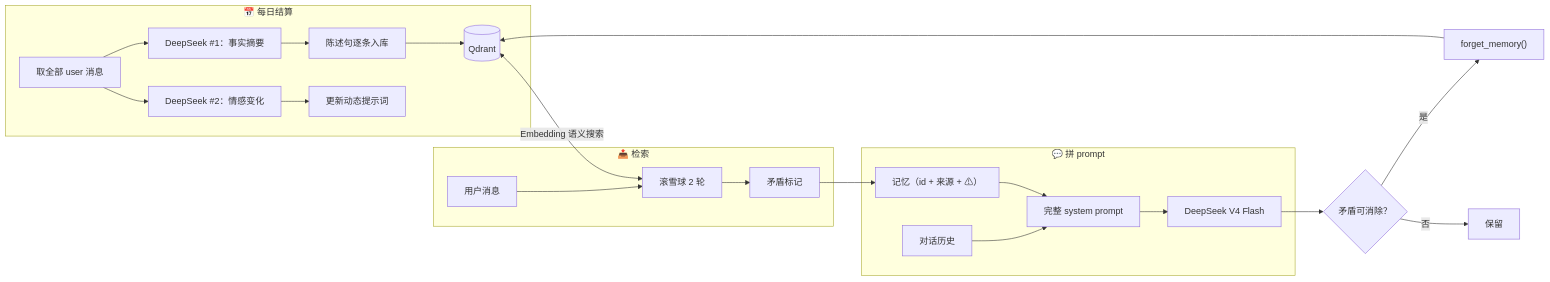
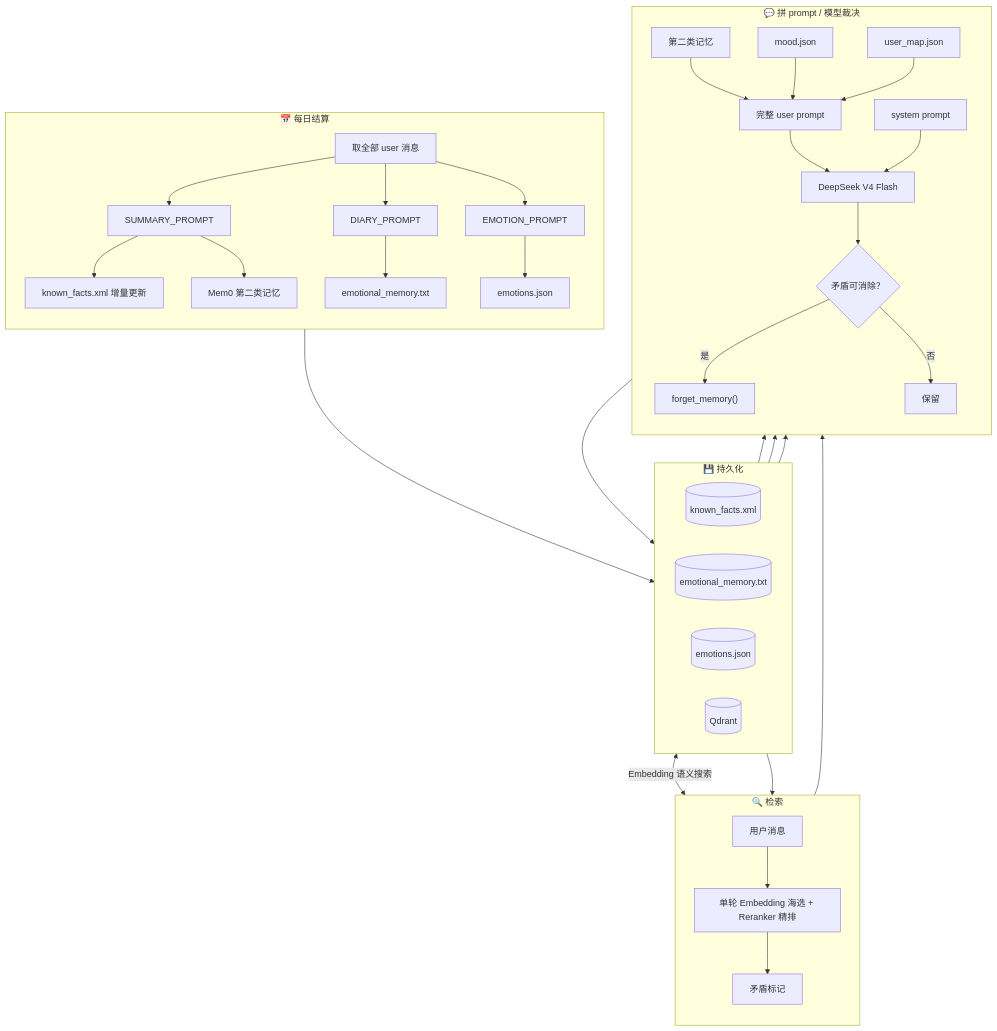
One commit to DiliuPengyun/a-qq-bot-exercise changed the fourth of 4 diagrams in memory-flow.md. Above: the diagram before and after it, drawn with Mermaid. The commit also changed other lines of this file and 28 other files, not shown here.

````diff
--- a/memory-flow.md
+++ b/memory-flow.md
@@ -75,28 +76,52 @@
 ```mermaid
-flowchart LR
+flowchart TD
     subgraph 结算["📅 每日结算"]
-        ST0["取全部 user 消息"] --> ST1["DeepSeek #1：事实摘要"]
-        ST0 --> ST4a["DeepSeek #2：情感变化"]
-        ST1 --> ST2["陈述句逐条入库"]
-        ST4a --> ST4["更新动态提示词"]
-        ST2 --> ST3[("Qdrant")]
+        direction TB
+        ST0["取全部 user 消息"] --> ST1["SUMMARY_PROMPT"]
+        ST1 --> ST2["known_facts.xml 增量更新"]
+        ST1 --> ST3["Mem0 第二类记忆"]
+        ST0 --> ST4["DIARY_PROMPT"]
+        ST4 --> ST5["emotional_memory.txt"]
+        ST0 --> ST6["EMOTION_PROMPT"]
+        ST6 --> ST7["emotions.json"]
     end
 
-    subgraph 检索["📤 检索"]
-        SR1["用户消息"] --> SR2["滚雪球 2 轮"] --> SR3["矛盾标记"]
+    结算 --> 存储
+
+    subgraph 存储["💾 持久化"]
+        direction LR
+        F1[("known_facts.xml")]
+        F2[("emotional_memory.txt")]
+        F3[("emotions.json")]
+        F4[("Qdrant")]
     end
 
-    ST3 <-->|"Embedding 语义搜索"| SR2
+    存储 --> 检索
 
-    subgraph 消费["💬 拼 prompt"]
-        SR3 --> C1["记忆（id + 来源 + ⚠）"]
-        C2["对话历史"] --> C3["完整 system prompt"]
-        C1 --> C3
-        C3 --> C4["DeepSeek V4 Flash"]
+    subgraph 检索["🔍 检索"]
+        direction TB
+        SR1["用户消息"] --> SR2["单轮 Embedding 海选 + Reranker 精排"]
+        SR2 --> SR3["矛盾标记"]
     end
 
-    C4 --> D{"矛盾可消除？"}
-    D -- 是 --> E["forget_memory()"]
-    E --> ST3
-    D -- 否 --> F["保留"]
+    F4 <-->|Embedding 语义搜索| SR2
+
+    检索 --> 消费
+
+    subgraph 消费["💬 拼 prompt / 模型裁决"]
+        direction TB
+        C1["第二类记忆"] --> C4["完整 user prompt"]
+        C2["mood.json"] --> C4
+        C3["user_map.json"] --> C4
+        F1 --> C5["system prompt"]
+        F2 --> C5
+        F3 --> C5
+        C4 --> C6["DeepSeek V4 Flash"]
+        C5 --> C6
+        C6 --> D{"矛盾可消除？"}
+        D -- 是 --> E["forget_memory()"]
+        D -- 否 --> F["保留"]
+    end
+
+    E --> F4
 ```
````
